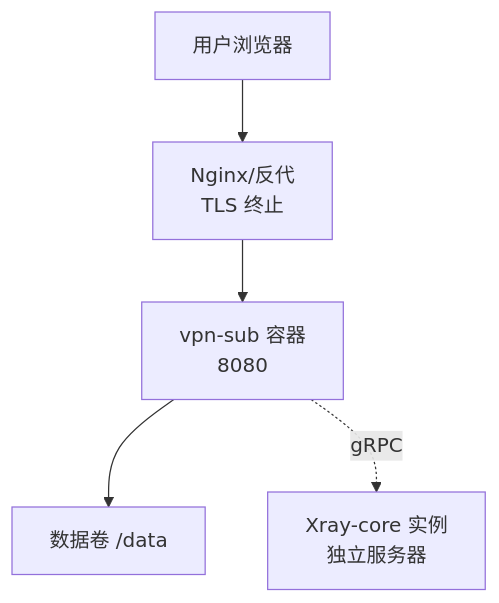
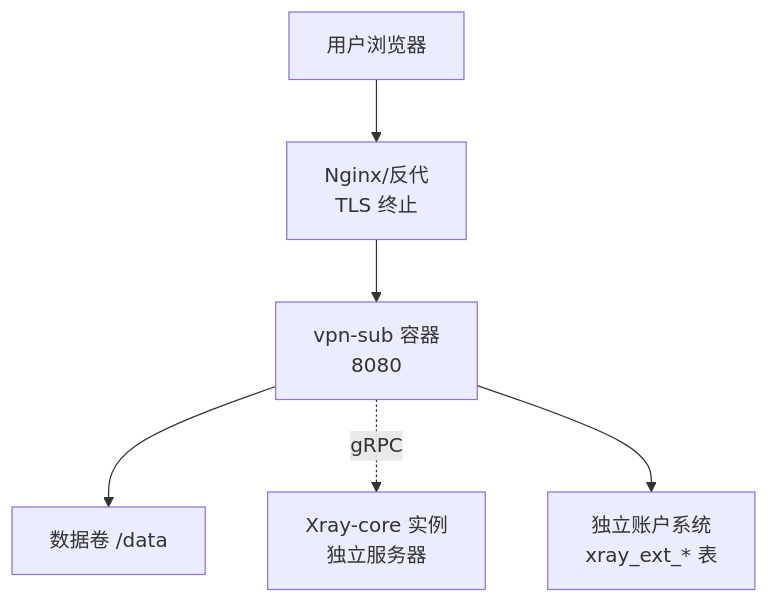
The tenth of 10 diagrams in .qoder/repowiki/zh/content/架构设计/架构设计.md (AlcaProphet/VPN-Subscription-Management), drawn with Mermaid before and after one commit. The commit also changed other lines of this file and 7 other files, not shown here.

````diff
--- a/.qoder/repowiki/zh/content/架构设计/架构设计.md
+++ b/.qoder/repowiki/zh/content/架构设计/架构设计.md
@@ -560,12 +632,14 @@
 ```mermaid
 graph TB
 User["用户浏览器"]
 Proxy["Nginx/反代<br/>TLS 终止"]
 App["vpn-sub 容器<br/>8080"]
 Data["数据卷 /data"]
 Xray["Xray-core 实例<br/>独立服务器"]
+ExtAcc["独立账户系统<br/>xray_ext_* 表"]
 User --> Proxy
 Proxy --> App
 App --> Data
 App -.->|gRPC| Xray
+App --> ExtAcc
 ```
````
